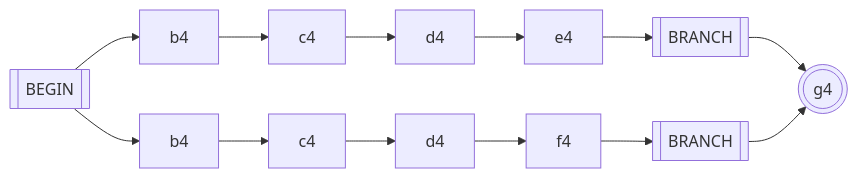
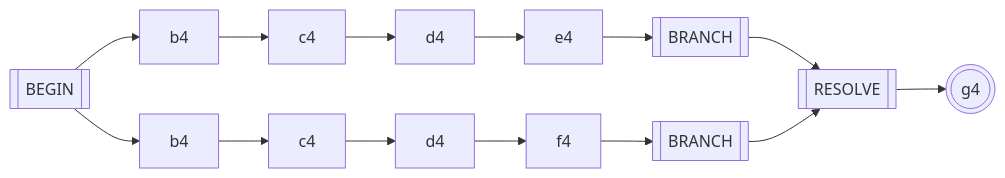
Diagram 23 of 27 in Blog/GLR-Refactoring/Mermaid.md (vczh-websites/vczh), drawn with Mermaid before and after one commit. The commit also changed other lines of this file, not shown here.

````diff
--- a/Blog/GLR-Refactoring/Mermaid.md
+++ b/Blog/GLR-Refactoring/Mermaid.md
@@ -606,6 +606,6 @@
 ```mermaid
 graph LR
   S[[BEGIN]]-->b4_1[b4]-->c4_1[c4]-->d4_1[d4]-->e4_1[e4]-->R_1[[BRANCH]]
   S-->b4_2[b4]-->c4_2[c4]-->d4_2[d4]-->f4_2[f4]-->R_2[[BRANCH]]
-  R_1 & R_2 --> g4(((g4)))
+  R_1 & R_2 --> R[[RESOLVE]] --> g4(((g4)))
 ```
````
